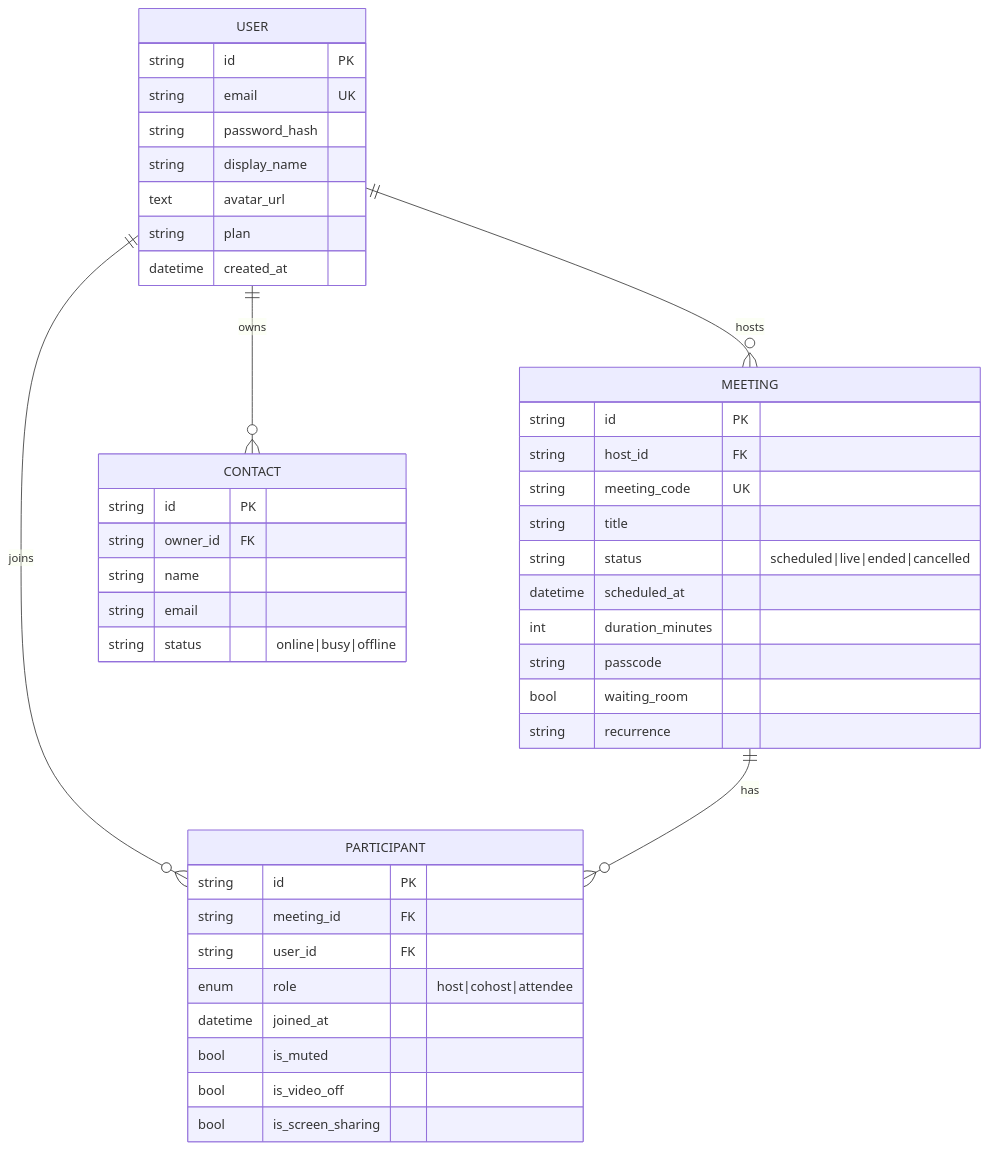
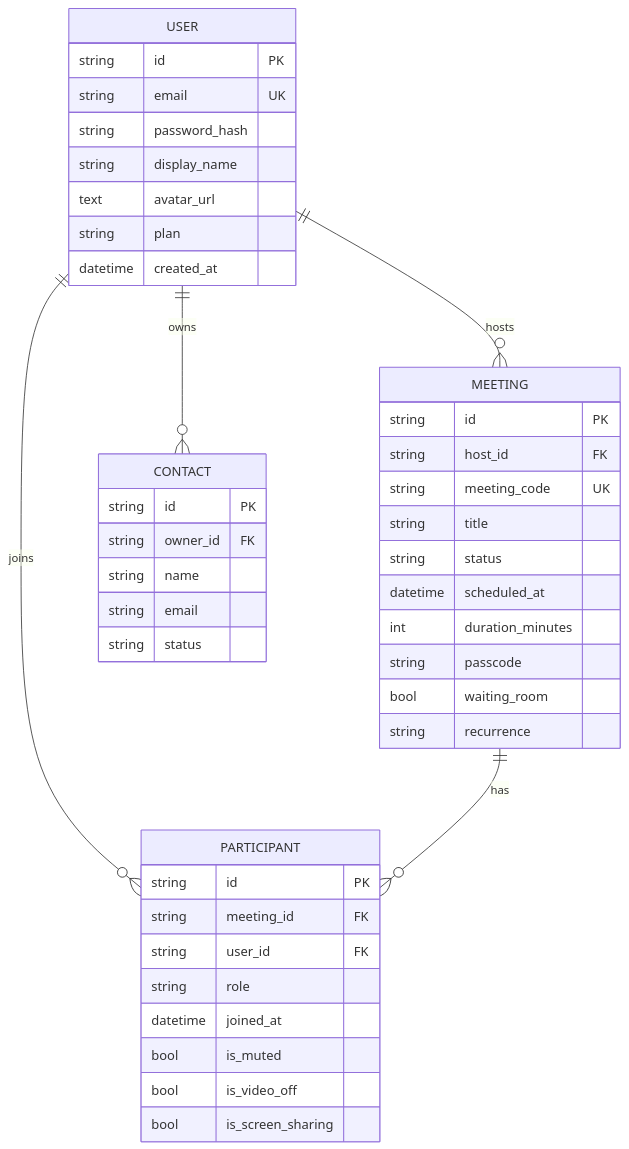
The second of 2 diagrams in README.md (pandeyadarsh2503/Zoom_Clone), drawn with Mermaid before and after one commit. The commit also changed other lines of this file, not shown here.

````diff
--- a/README.md
+++ b/README.md
@@ -134,46 +134,46 @@
 ```mermaid
 erDiagram
     USER ||--o{ MEETING : hosts
     USER ||--o{ PARTICIPANT : joins
     MEETING ||--o{ PARTICIPANT : has
     USER ||--o{ CONTACT : owns
 
     USER {
         string id PK
         string email UK
         string password_hash
         string display_name
-        text   avatar_url
+        text avatar_url
         string plan
         datetime created_at
     }
     MEETING {
         string id PK
         string host_id FK
         string meeting_code UK
         string title
-        string status "scheduled|live|ended|cancelled"
+        string status
         datetime scheduled_at
         int duration_minutes
         string passcode
         bool waiting_room
         string recurrence
     }
     PARTICIPANT {
         string id PK
         string meeting_id FK
         string user_id FK
-        enum role "host|cohost|attendee"
+        string role
         datetime joined_at
         bool is_muted
         bool is_video_off
         bool is_screen_sharing
     }
     CONTACT {
         string id PK
         string owner_id FK
         string name
         string email
-        string status "online|busy|offline"
+        string status
     }
 ```
````
